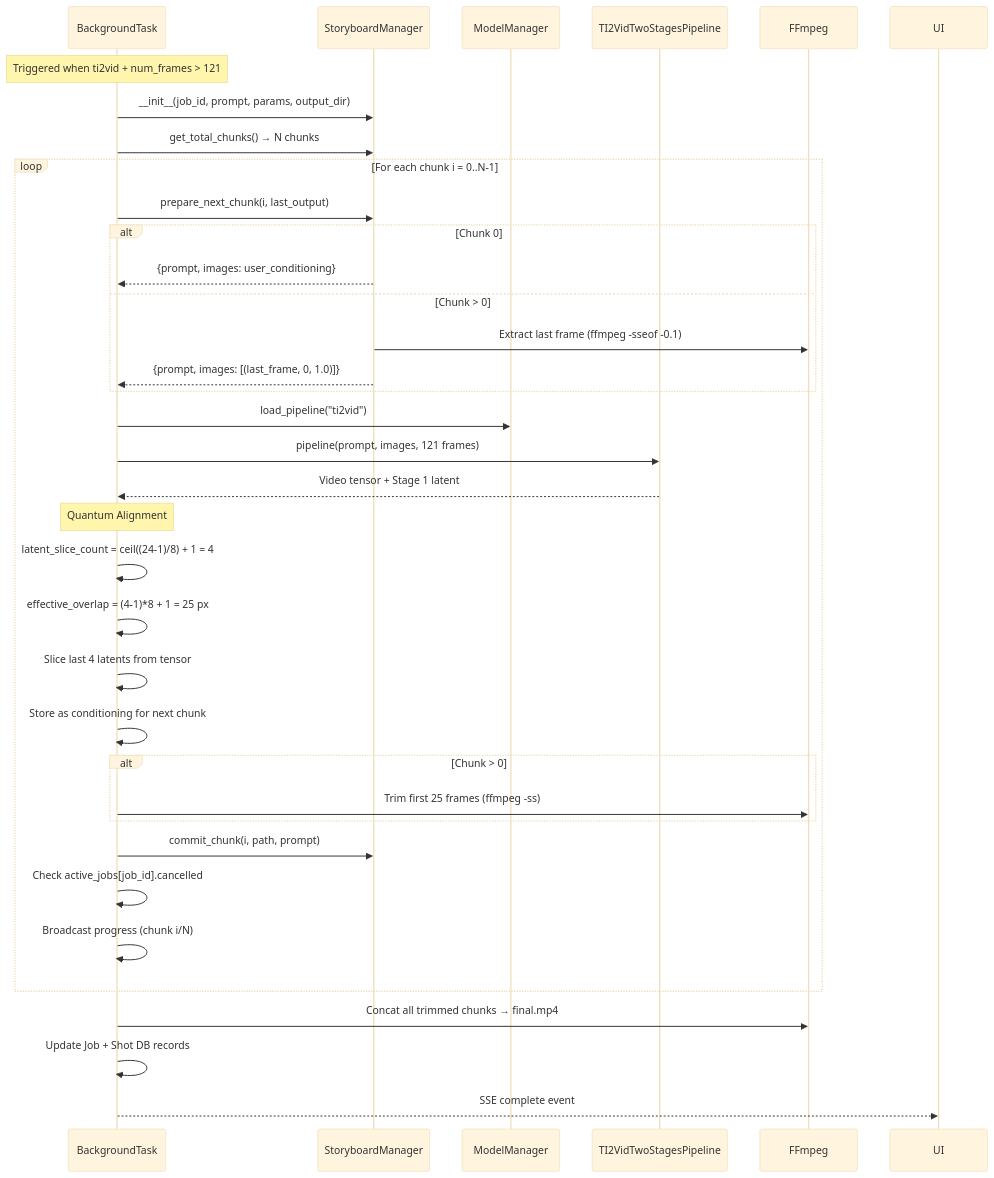
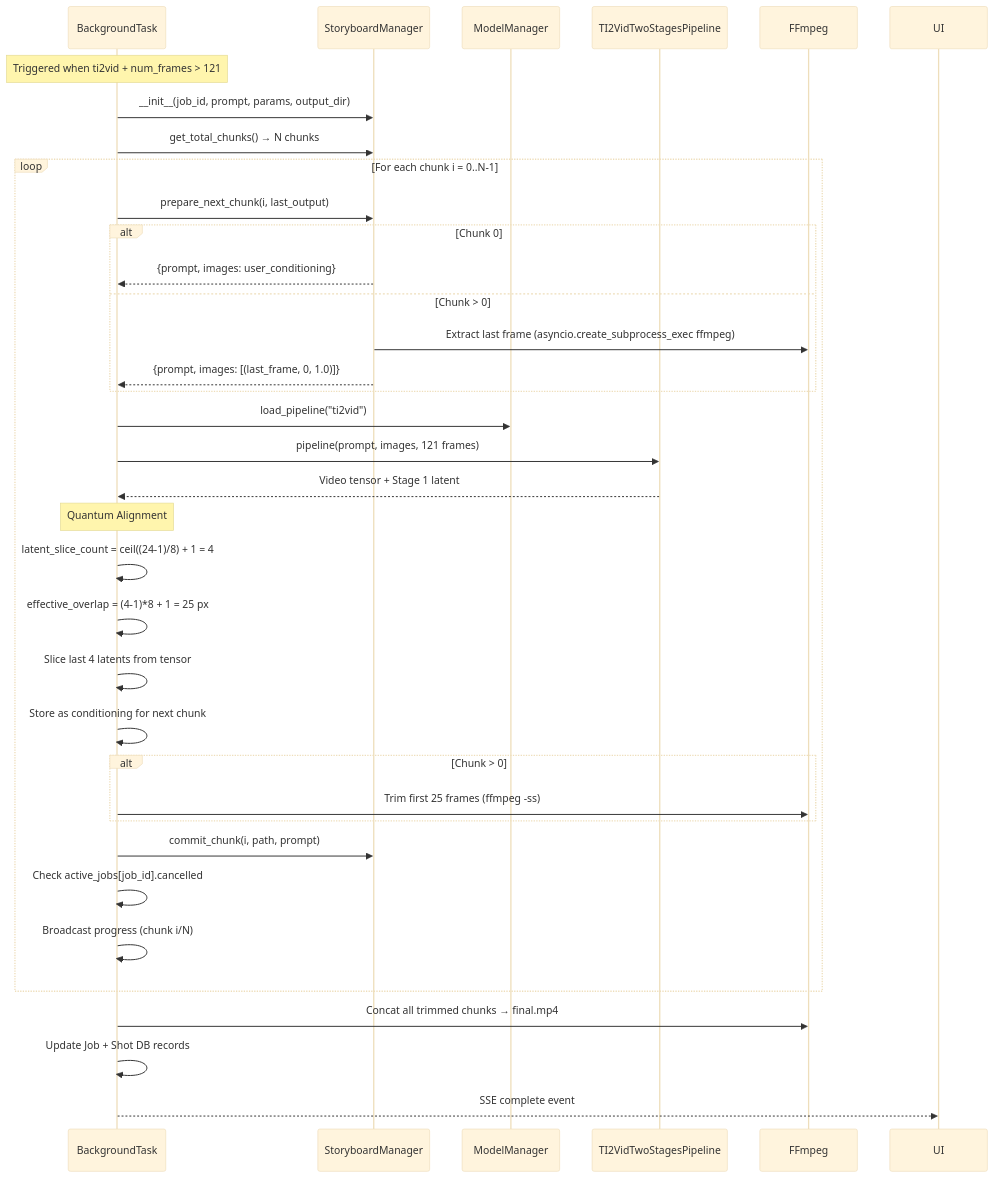
Before and after one commit to mainza-ai/milimovideo: the fourth of 11 diagrams in docs/05_execution_flow.md, drawn with Mermaid (base theme). The commit also changed other lines of this file and 13 other files, not shown here.

````diff
--- a/docs/05_execution_flow.md
+++ b/docs/05_execution_flow.md
@@ -194,46 +195,46 @@
 ```mermaid
 sequenceDiagram
     participant Worker as BackgroundTask
     participant SBMgr as StoryboardManager
     participant ME as ModelManager
     participant LTX as TI2VidTwoStagesPipeline
     participant FFmpeg as FFmpeg
 
     Note over Worker: Triggered when ti2vid + num_frames > 121
 
     Worker->>SBMgr: __init__(job_id, prompt, params, output_dir)
     Worker->>SBMgr: get_total_chunks() → N chunks
 
     loop For each chunk i = 0..N-1
         Worker->>SBMgr: prepare_next_chunk(i, last_output)
         
         alt Chunk 0
             SBMgr-->>Worker: {prompt, images: user_conditioning}
         else Chunk > 0
-            SBMgr->>FFmpeg: Extract last frame (ffmpeg -sseof -0.1)
+            SBMgr->>FFmpeg: Extract last frame (asyncio.create_subprocess_exec ffmpeg)
             SBMgr-->>Worker: {prompt, images: [(last_frame, 0, 1.0)]}
         end
 
         Worker->>ME: load_pipeline("ti2vid")
         Worker->>LTX: pipeline(prompt, images, 121 frames)
         LTX-->>Worker: Video tensor + Stage 1 latent
 
         Note over Worker: Quantum Alignment
         Worker->>Worker: latent_slice_count = ceil((24-1)/8) + 1 = 4
         Worker->>Worker: effective_overlap = (4-1)*8 + 1 = 25 px
         Worker->>Worker: Slice last 4 latents from tensor
         Worker->>Worker: Store as conditioning for next chunk
 
         alt Chunk > 0
             Worker->>FFmpeg: Trim first 25 frames (ffmpeg -ss)
         end
 
         Worker->>SBMgr: commit_chunk(i, path, prompt)
         Worker->>Worker: Check active_jobs[job_id].cancelled
         Worker->>Worker: Broadcast progress (chunk i/N)
     end
 
     Worker->>FFmpeg: Concat all trimmed chunks → final.mp4
     Worker->>Worker: Update Job + Shot DB records
     Worker-->>UI: SSE complete event
 ```
````
